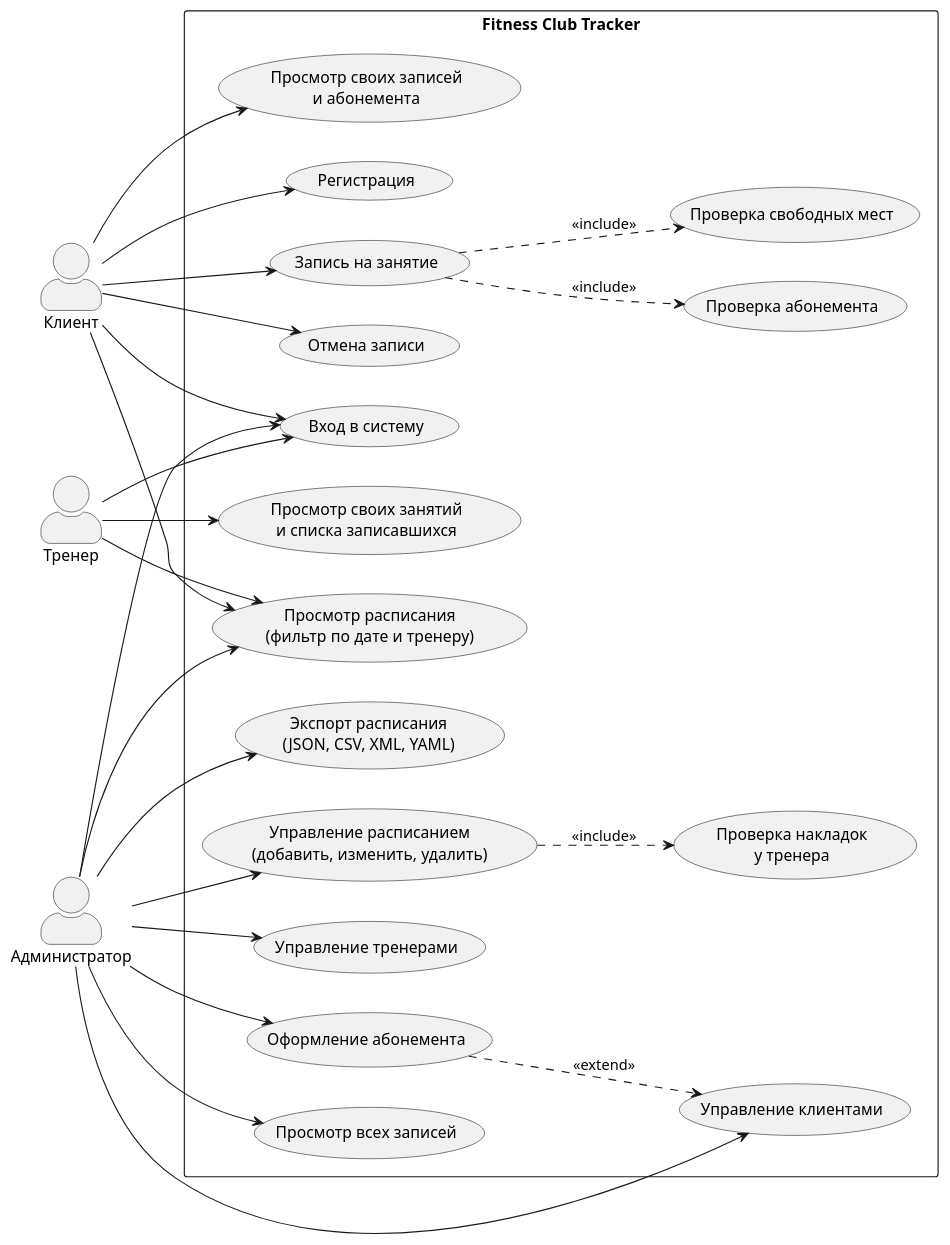
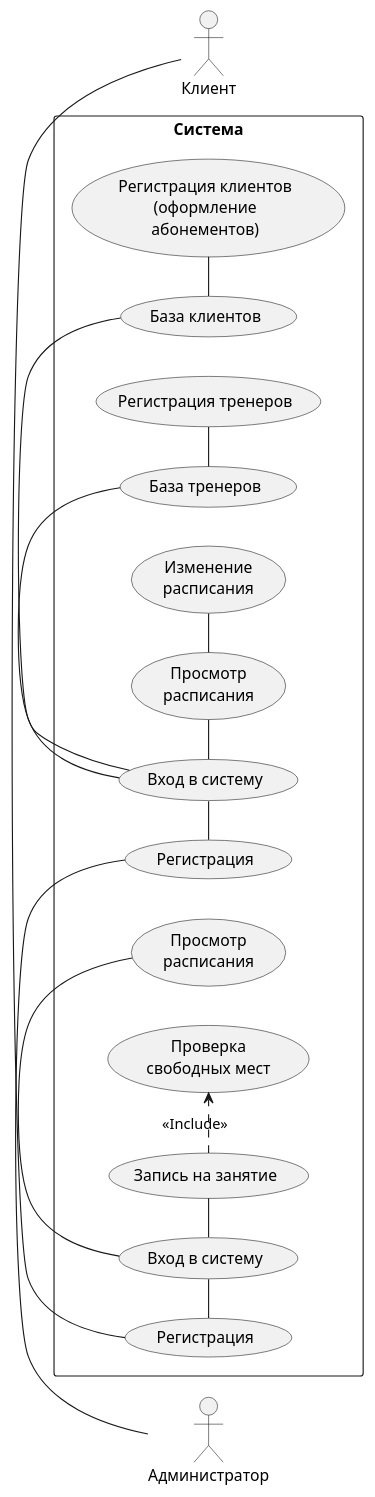
Before and after one commit to ALEX-FERZ/FitnessClubTracker: the diagram in docs/diagrams/usecase.puml, drawn with PlantUML. The commit also changed 57 other files, not shown here.

```diff
--- a/docs/diagrams/usecase.puml
+++ b/docs/diagrams/usecase.puml
@@ -1,56 +1,47 @@
-@startuml usecase
+@startuml Usecase
 left to right direction
 skinparam packageStyle rectangle
-skinparam actorStyle awesome
 
+actor "Администратор" as admin
 actor "Клиент" as client
-actor "Тренер" as trainer
-actor "Администратор" as admin
 
-rectangle "Fitness Club Tracker" {
-    usecase "Регистрация" as UC_Register
-    usecase "Вход в систему" as UC_Login
-    usecase "Просмотр расписания\n(фильтр по дате и тренеру)" as UC_Schedule
-
-    usecase "Запись на занятие" as UC_Book
-    usecase "Проверка свободных мест" as UC_CheckPlaces
-    usecase "Проверка абонемента" as UC_CheckSub
-    usecase "Отмена записи" as UC_Cancel
-    usecase "Просмотр своих записей\nи абонемента" as UC_MyData
-
-    usecase "Просмотр своих занятий\nи списка записавшихся" as UC_TrainerLessons
-
-    usecase "Управление расписанием\n(добавить, изменить, удалить)" as UC_EditSchedule
-    usecase "Проверка накладок\nу тренера" as UC_CheckConflict
-    usecase "Управление тренерами" as UC_Trainers
-    usecase "Управление клиентами" as UC_Clients
-    usecase "Оформление абонемента" as UC_IssueSub
-    usecase "Просмотр всех записей" as UC_AllBookings
-    usecase "Экспорт расписания\n(JSON, CSV, XML, YAML)" as UC_Export
+rectangle "Система" {
+    ' Прецеденты для Администратора
+    usecase "Регистрация" as reg_admin
+    usecase "Вход в систему" as login_admin
+    usecase "База клиентов" as db_clients
+    usecase "База тренеров" as db_trainers
+    usecase "Просмотр\nрасписания" as view_schedule_admin
+    
+    usecase "Регистрация клиентов\n(оформление\nабонементов)" as reg_clients
+    usecase "Регистрация тренеров" as reg_trainers
+    usecase "Изменение\nрасписания" as edit_schedule
+    
+    ' Прецеденты для Клиента
+    usecase "Регистрация" as reg_client
+    usecase "Вход в систему" as login_client
+    usecase "Просмотр\nрасписания" as view_schedule_client
+    usecase "Запись на занятие" as book_lesson
+    usecase "Проверка\nсвободных мест" as check_places
 }
 
-client --> UC_Register
-client --> UC_Login
-client --> UC_Schedule
-client --> UC_Book
-client --> UC_Cancel
-client --> UC_MyData
+' Связи для Администратора
+admin - reg_admin
+reg_admin - login_admin
+login_admin - db_clients
+login_admin - db_trainers
+login_admin - view_schedule_admin
 
-trainer --> UC_Login
-trainer --> UC_Schedule
-trainer --> UC_TrainerLessons
+db_clients - reg_clients
+db_trainers - reg_trainers
+view_schedule_admin - edit_schedule
 
-admin --> UC_Login
-admin --> UC_Schedule
-admin --> UC_EditSchedule
-admin --> UC_Trainers
-admin --> UC_Clients
-admin --> UC_IssueSub
-admin --> UC_AllBookings
-admin --> UC_Export
+' Связи для Клиента
+client - reg_client
+reg_client - login_client
+login_client - view_schedule_client
+login_client - book_lesson
 
-UC_Book ..> UC_CheckPlaces : <<include>>
-UC_Book ..> UC_CheckSub : <<include>>
-UC_EditSchedule ..> UC_CheckConflict : <<include>>
-UC_IssueSub ..> UC_Clients : <<extend>>
+book_lesson .> check_places : <<Include>>
+
 @enduml
```
